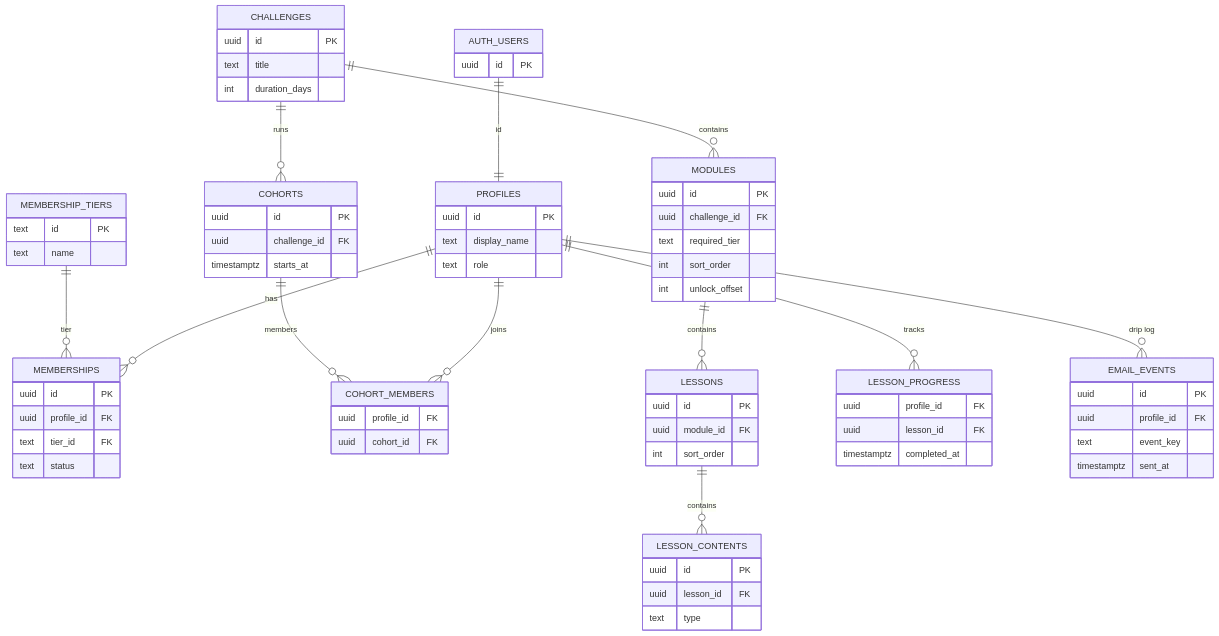
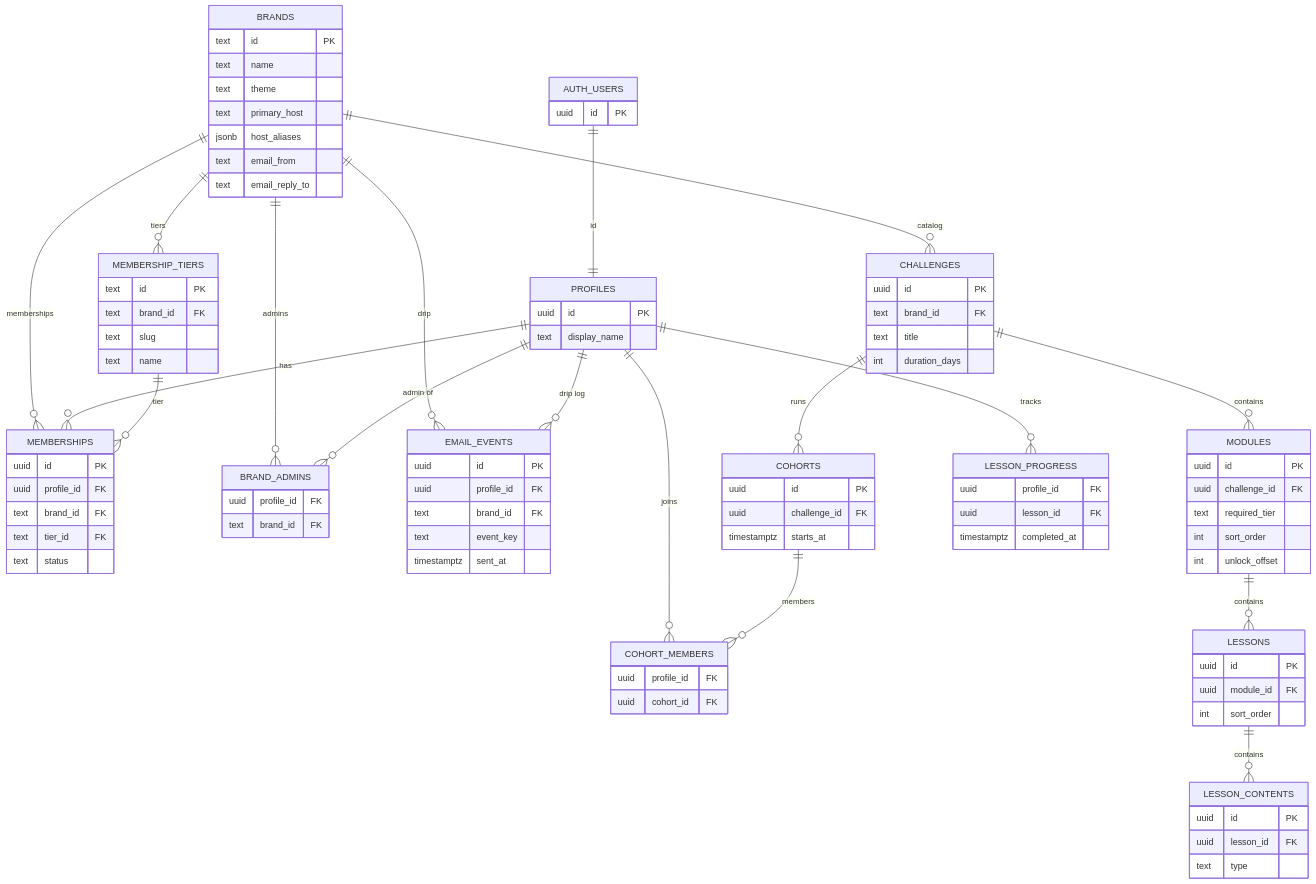
One commit to angeldavid218/learning-hub changed the third of 3 diagrams in docs/architecture.md. Above: the diagram before and after it, drawn with Mermaid. The commit also changed other lines of this file and 5 other files, not shown here.

````diff
--- a/docs/architecture.md
+++ b/docs/architecture.md
@@ -74,8 +98,14 @@
 ```mermaid
 erDiagram
   AUTH_USERS ||--|| PROFILES : "id"
+  BRANDS ||--o{ MEMBERSHIP_TIERS : "tiers"
+  BRANDS ||--o{ MEMBERSHIPS : "memberships"
+  BRANDS ||--o{ CHALLENGES : "catalog"
+  BRANDS ||--o{ BRAND_ADMINS : "admins"
+  BRANDS ||--o{ EMAIL_EVENTS : "drip"
   PROFILES ||--o{ MEMBERSHIPS : has
   MEMBERSHIP_TIERS ||--o{ MEMBERSHIPS : "tier"
+  PROFILES ||--o{ BRAND_ADMINS : "admin of"
   PROFILES ||--o{ COHORT_MEMBERS : joins
   CHALLENGES ||--o{ COHORTS : runs
   COHORTS ||--o{ COHORT_MEMBERS : "members"
@@ -85,26 +115,42 @@
   PROFILES ||--o{ LESSON_PROGRESS : tracks
   PROFILES ||--o{ EMAIL_EVENTS : "drip log"
 
+  BRANDS {
+    text id PK
+    text name
+    text theme
+    text primary_host
+    jsonb host_aliases
+    text email_from
+    text email_reply_to
+  }
   AUTH_USERS {
     uuid id PK
   }
   PROFILES {
     uuid id PK
     text display_name
-    text role
+  }
+  BRAND_ADMINS {
+    uuid profile_id FK
+    text brand_id FK
   }
   MEMBERSHIP_TIERS {
     text id PK
+    text brand_id FK
+    text slug
     text name
   }
   MEMBERSHIPS {
     uuid id PK
     uuid profile_id FK
+    text brand_id FK
     text tier_id FK
     text status
   }
   CHALLENGES {
     uuid id PK
+    text brand_id FK
     text title
     int duration_days
   }
@@ -142,6 +188,7 @@
   EMAIL_EVENTS {
     uuid id PK
     uuid profile_id FK
+    text brand_id FK
     text event_key
     timestamptz sent_at
   }
````
